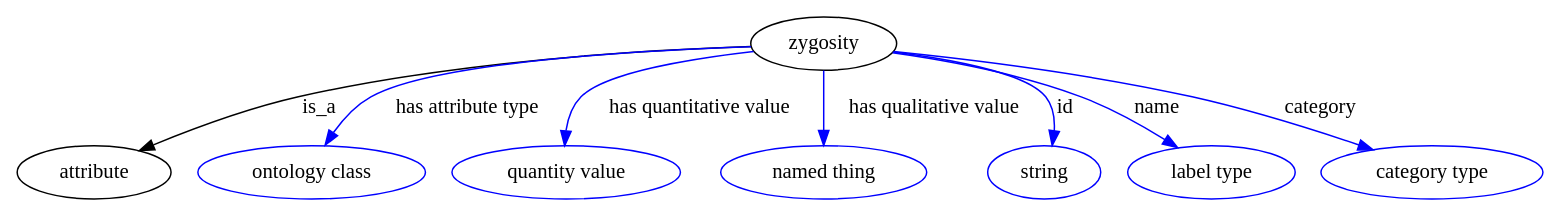
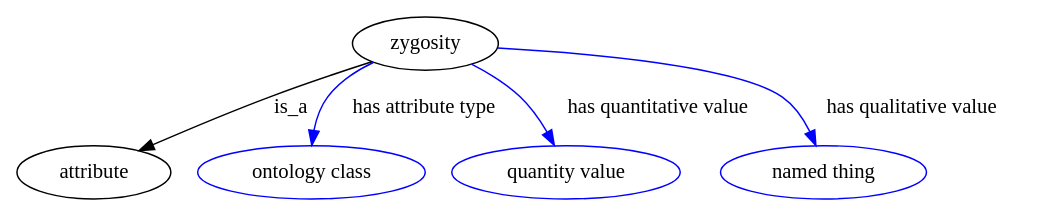
One commit to biolink/biolink-model changed the diagram in graphviz/zygosity.gv. Above: the diagram before and after it, drawn with Graphviz. The commit also changed 134 other files, not shown here.

```diff
--- a/graphviz/zygosity.gv
+++ b/graphviz/zygosity.gv
@@ -1,74 +1,44 @@
 digraph {
-	graph [bb="0,0,832.79,123"];
+	graph [bb="0,0,533.3,123"];
 	node [label="\N"];
 	zygosity	 [height=0.5,
 		label=zygosity,
-		pos="439.3,105",
+		pos="226.3,105",
 		width=1.1193];
 	attribute	 [height=0.5,
 		pos="40.296,18",
 		width=1.1193];
 	zygosity -> attribute	 [label=is_a,
-		lp="174.3,61.5",
-		pos="e,67.415,31.686 398.89,103.06 344.53,99.702 245.22,90.915 163.3,69 133.13,60.931 100.56,47.179 76.513,35.988"];
+		lp="158.3,61.5",
+		pos="e,67.947,31.34 197.72,92.121 182.69,85.309 163.96,76.769 147.3,69 123.84,58.068 97.615,45.571 76.996,35.684"];
 	"has attribute type"	 [color=blue,
 		height=0.5,
 		label="ontology class",
 		pos="160.3,18",
 		width=1.7151];
 	zygosity -> "has attribute type"	 [color=blue,
 		label="has attribute type",
-		lp="256.3,61.5",
-		pos="e,172.74,36.026 399.52,101.85 342.72,96.838 241.64,85.855 209.3,69 197.73,62.972 187.32,53.162 179.1,43.749",
+		lp="228.3,61.5",
+		pos="e,165.28,36.145 203.22,90.106 195.48,84.249 187.3,77.005 181.3,69 176.07,62.028 171.9,53.569 168.71,45.56",
 		style=solid];
 	"has quantitative value"	 [color=blue,
 		height=0.5,
 		label="quantity value",
 		pos="301.3,18",
 		width=1.6971];
 	zygosity -> "has quantitative value"	 [color=blue,
 		label="has quantitative value",
-		lp="375.8,61.5",
-		pos="e,302.38,36.246 401.74,98.111 370.19,91.606 328.38,81.067 316.3,69 310.17,62.88 306.52,54.393 304.35,46.098",
+		lp="344.8,61.5",
+		pos="e,294.47,36.229 250.59,90.499 259.13,84.587 268.32,77.205 275.3,69 281.22,62.032 286.24,53.486 290.25,45.395",
 		style=solid];
 	"has qualitative value"	 [color=blue,
 		height=0.5,
 		label="named thing",
 		pos="439.3,18",
 		width=1.5346];
 	zygosity -> "has qualitative value"	 [color=blue,
 		label="has qualitative value",
-		lp="495.3,61.5",
-		pos="e,439.3,36.003 439.3,86.974 439.3,75.192 439.3,59.561 439.3,46.158",
-		style=solid];
-	id	 [color=blue,
-		height=0.5,
-		label=string,
-		pos="558.3,18",
-		width=0.84854];
-	zygosity -> id	 [color=blue,
-		label=id,
-		lp="564.8,61.5",
-		pos="e,560.73,36.405 476.32,97.722 505.36,91.224 542.47,80.912 552.3,69 557.42,62.784 559.68,54.599 560.45,46.611",
-		style=solid];
-	name	 [color=blue,
-		height=0.5,
-		label="label type",
-		pos="652.3,18",
-		width=1.2638];
-	zygosity -> name	 [color=blue,
-		label=name,
-		lp="617.8,61.5",
-		pos="e,631.51,34.237 476.76,98.354 504.48,92.648 542.73,83.089 574.3,69 591.43,61.354 609.04,50.173 623.18,40.228",
-		style=solid];
-	category	 [color=blue,
-		height=0.5,
-		label="category type",
-		pos="774.3,18",
-		width=1.6249];
-	zygosity -> category	 [color=blue,
-		label=category,
-		lp="706.8,61.5",
-		pos="e,739.94,32.72 478.08,100.02 518.33,94.363 582.89,83.948 637.3,69 669.12,60.258 703.96,47.239 730.54,36.543",
+		lp="477.3,61.5",
+		pos="e,432.75,36.04 265.7,100.95 312.1,95.538 385.72,84.775 408.3,69 416.81,63.053 423.4,53.949 428.28,45.07",
 		style=solid];
 }
```
